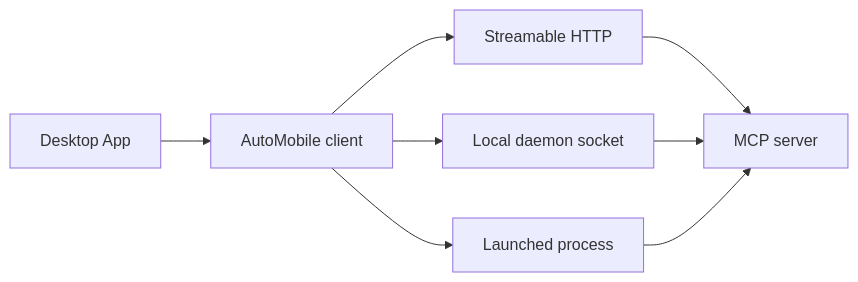
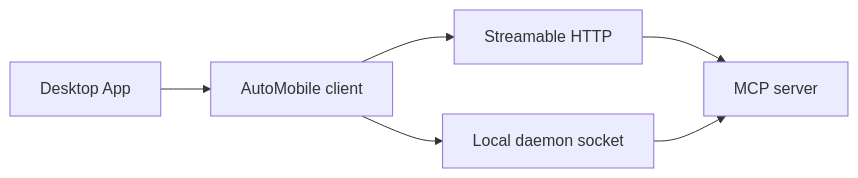
Before and after one commit to kaeawc/auto-mobile: the diagram in docs/design-docs/plat/android/desktop-app.md, drawn with Mermaid. The commit also changed other lines of this file and 20 other files, not shown here.

````diff
--- a/docs/design-docs/plat/android/desktop-app.md
+++ b/docs/design-docs/plat/android/desktop-app.md
@@ -9,10 +9,8 @@
 ```mermaid
 flowchart LR
   UI[Desktop App] --> Client[AutoMobile client]
   Client --> HTTP[Streamable HTTP]
   Client --> Socket[Local daemon socket]
-  Client --> Stdio[Launched process]
   HTTP --> MCP[MCP server]
   Socket --> MCP
-  Stdio --> MCP
 ```
````
